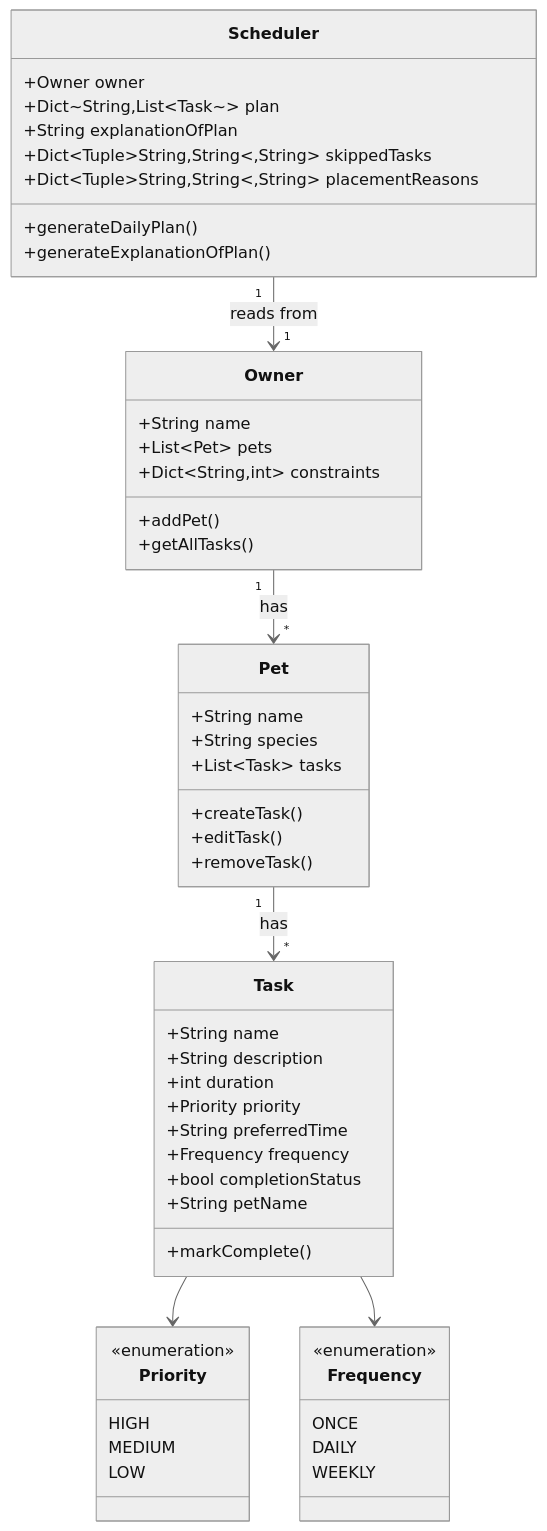
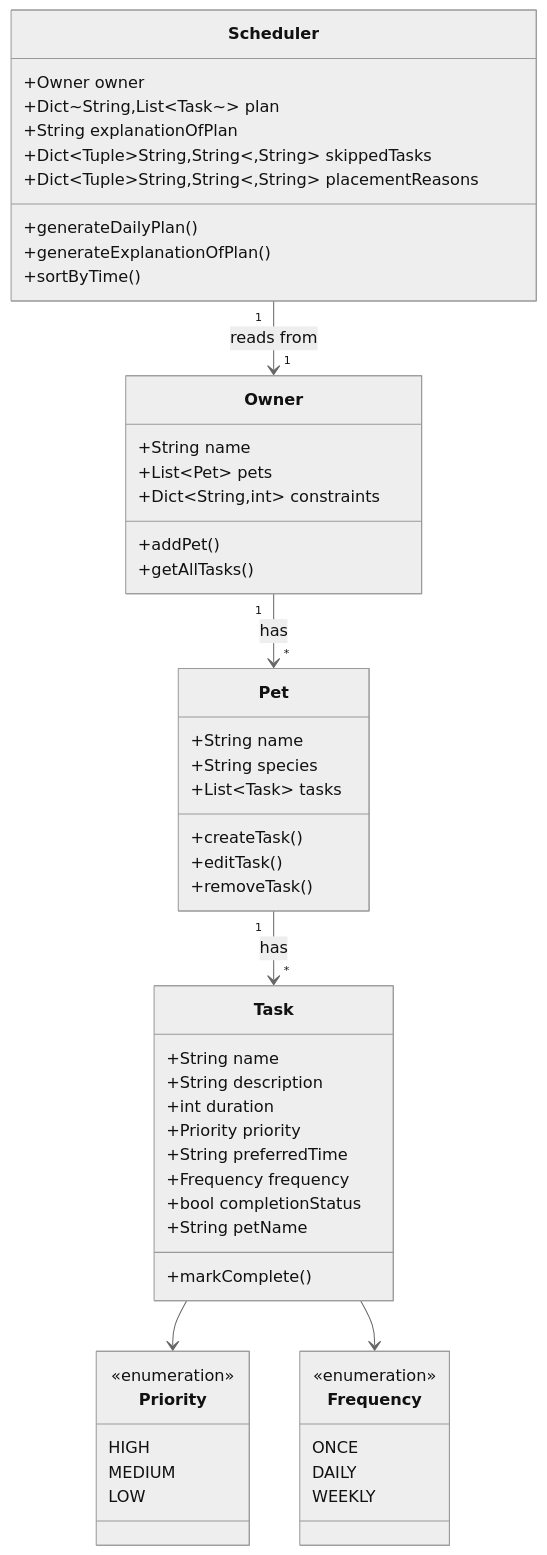
One commit to salvillalon45/ai110-module2show-pawpal-starter changed the diagram in diagrams/uml.mmd. Above: the diagram before and after it, drawn with Mermaid (neutral theme). The commit also changed 2 other files, not shown here.

Commit message:
added sort_by_time method to scheduler class

```diff
--- a/diagrams/uml.mmd
+++ b/diagrams/uml.mmd
@@ -1,59 +1,60 @@
 classDiagram
     class Owner {
         +String name
         +List~Pet~ pets 
         +Dict~String,int~ constraints
         +addPet()
         +getAllTasks()
     }
 
     class Task {
         +String name
         +String description
         +int duration
         +Priority priority
         +String preferredTime
         +Frequency frequency
         +bool completionStatus
         +String petName
         +markComplete()
     }
 
     class Priority {
         <<enumeration>>
         HIGH
         MEDIUM
         LOW
     }
 
     class Frequency {
         <<enumeration>>
         ONCE
         DAILY
         WEEKLY
     }
 
     class Pet {
         +String name
         +String species
         +List~Task~ tasks
         +createTask()
         +editTask()
         +removeTask()
     }
 
     class Scheduler {
         +Owner owner
         +Dict~String,List~Task~~ plan
         +String explanationOfPlan
         +Dict~Tuple~String,String~,String~ skippedTasks
         +Dict~Tuple~String,String~,String~ placementReasons
         +generateDailyPlan()
         +generateExplanationOfPlan()
+        +sortByTime()
     }
 
     Pet "1" --> "*" Task : has
     Task --> Priority
     Task --> Frequency
     Owner "1" --> "*" Pet : has
     Scheduler "1" --> "1" Owner : reads from
```
